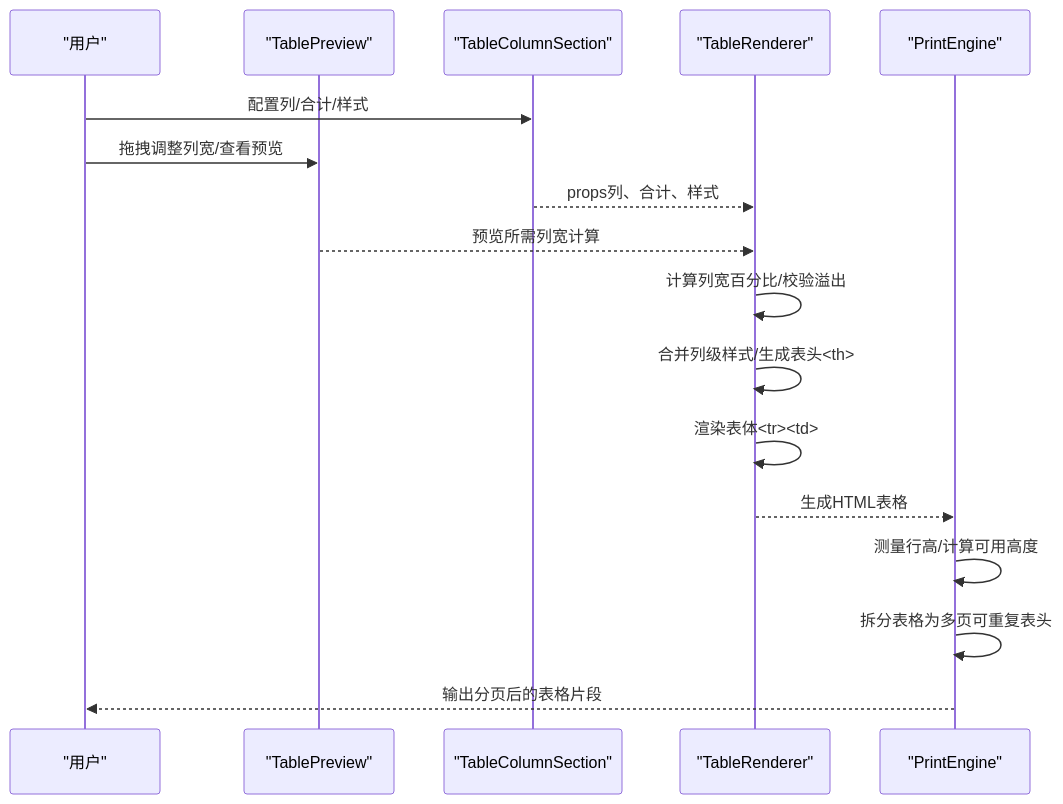
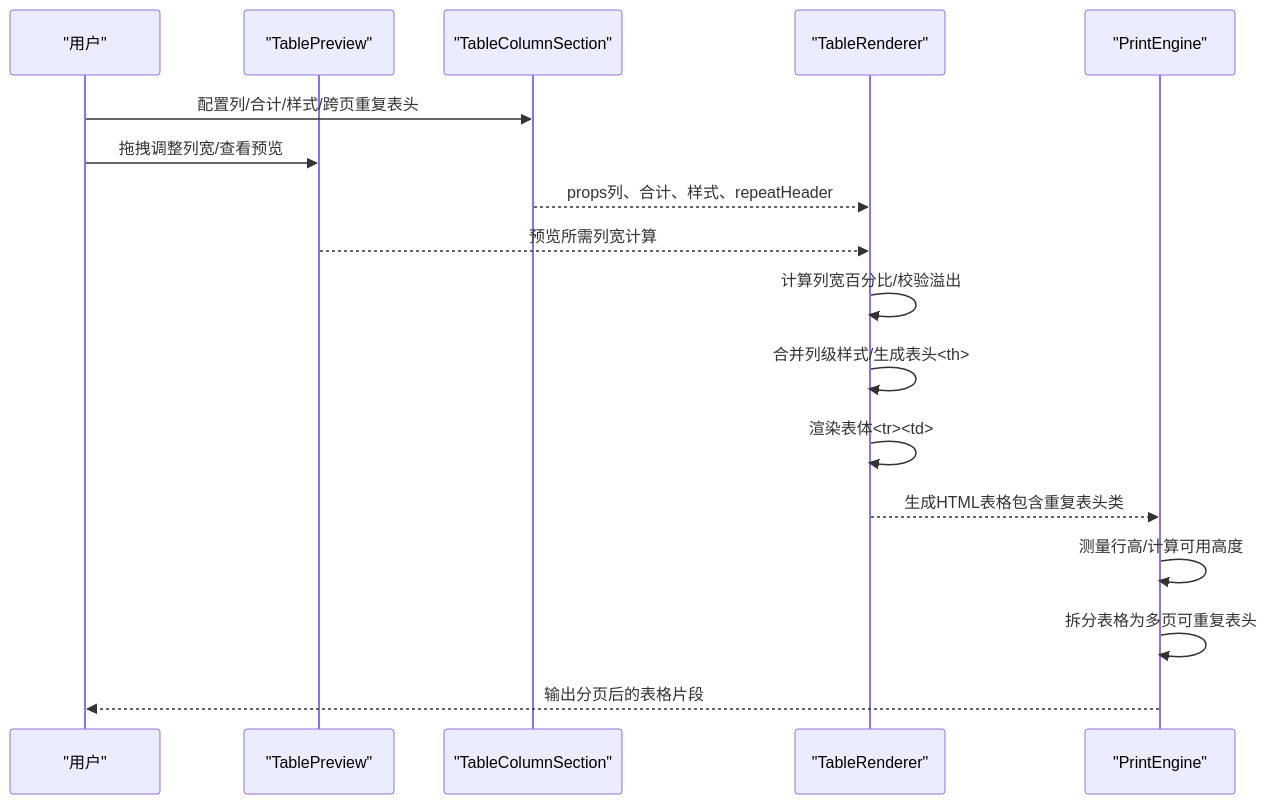
Before and after one commit to joker-yjc/printer: the second of 5 diagrams in .qoder/repowiki/zh/content/项目概述/核心特性/组件库系统/表格组件.md, drawn with Mermaid. The commit also changed other lines of this file and 61 other files, not shown here.

````diff
--- a/.qoder/repowiki/zh/content/项目概述/核心特性/组件库系统/表格组件.md
+++ b/.qoder/repowiki/zh/content/项目概述/核心特性/组件库系统/表格组件.md
@@ -113,19 +118,19 @@
 ```mermaid
 sequenceDiagram
 participant U as "用户"
 participant P as "TablePreview"
 participant C as "TableColumnSection"
 participant R as "TableRenderer"
 participant E as "PrintEngine"
-U->>C : 配置列/合计/样式
+U->>C : 配置列/合计/样式/跨页重复表头
 U->>P : 拖拽调整列宽/查看预览
-C-->>R : props列、合计、样式
+C-->>R : props列、合计、样式、repeatHeader
 P-->>R : 预览所需列宽计算
 R->>R : 计算列宽百分比/校验溢出
 R->>R : 合并列级样式/生成表头<th>
 R->>R : 渲染表体<tr><td>
-R-->>E : 生成HTML表格
+R-->>E : 生成HTML表格包含重复表头类
 E->>E : 测量行高/计算可用高度
 E->>E : 拆分表格为多页可重复表头
 E-->>U : 输出分页后的表格片段
 ```
````
